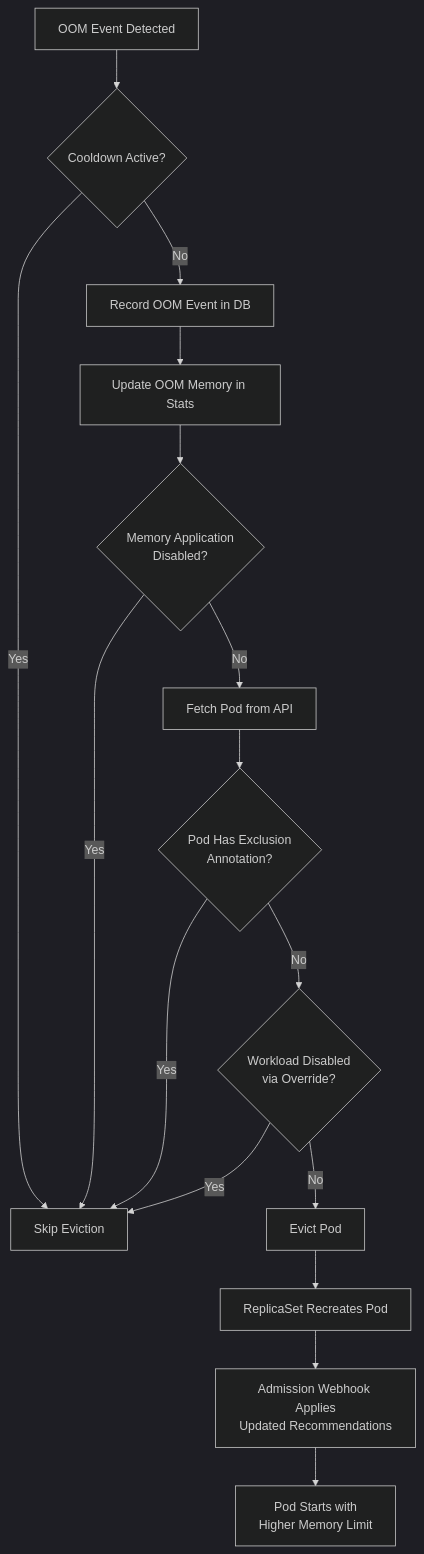
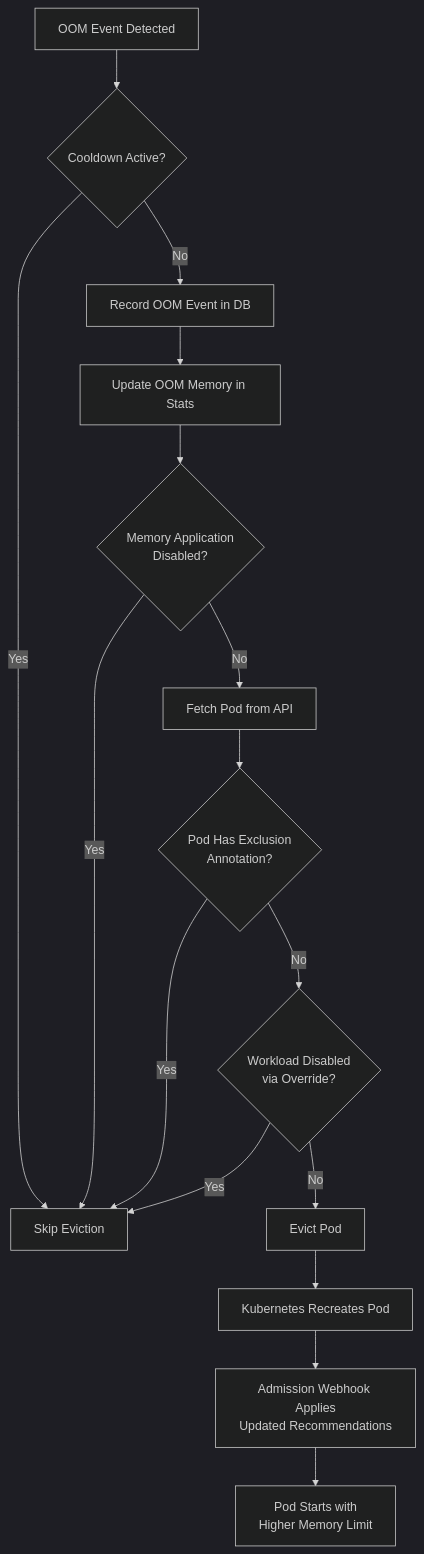
The second of 2 diagrams in docs/src/arch-algorithm.md (truefoundry/CruiseKube), drawn with Mermaid (dark theme) before and after one commit. The commit also changed other lines of this file and 1 other file, not shown here.

````diff
--- a/docs/src/arch-algorithm.md
+++ b/docs/src/arch-algorithm.md
@@ -369,18 +369,18 @@
 ```mermaid
 flowchart TD
     A[OOM Event Detected] --> B{Cooldown Active?}
     B -->|Yes| Z[Skip Eviction]
     B -->|No| C[Record OOM Event in DB]
     C --> D[Update OOM Memory in Stats]
     D --> E{Memory Application<br/>Disabled?}
     E -->|Yes| Z
     E -->|No| F[Fetch Pod from API]
     F --> G{Pod Has Exclusion<br/>Annotation?}
     G -->|Yes| Z
     G -->|No| H{Workload Disabled<br/>via Override?}
     H -->|Yes| Z
     H -->|No| I[Evict Pod]
-    I --> J[ReplicaSet Recreates Pod]
+    I --> J[Kubernetes Recreates Pod]
     J --> K[Admission Webhook Applies<br/>Updated Recommendations]
     K --> L[Pod Starts with<br/>Higher Memory Limit]
 ```
````
